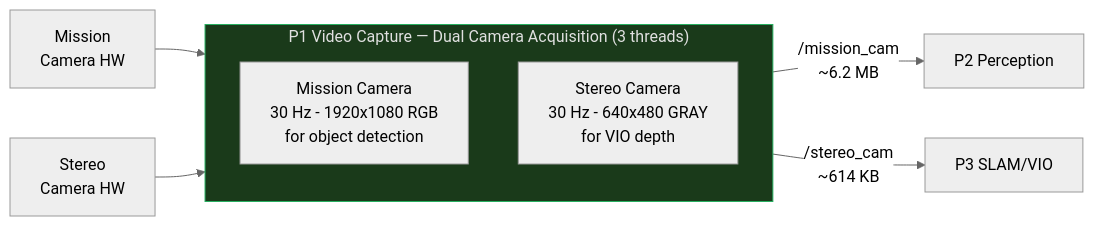
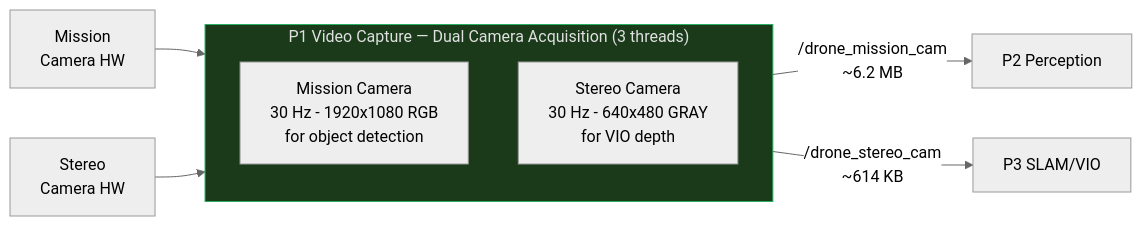
One commit to nmohamaya/companion_software_stack changed the second of 9 diagrams in README.md. Above: the diagram before and after it, drawn with Mermaid (neutral theme). The commit also changed other lines of this file and 3 other files, not shown here.

````diff
--- a/README.md
+++ b/README.md
@@ -129,15 +129,15 @@
 ```mermaid
 graph LR
     subgraph P1["P1 Video Capture — Dual Camera Acquisition (3 threads)"]
         direction TB
         MCam["Mission Camera\n30 Hz - 1920x1080 RGB\nfor object detection"]
         SCam["Stereo Camera\n30 Hz - 640x480 GRAY\nfor VIO depth"]
     end
 
     CamHW1["Mission\nCamera HW"] --> MCam
     CamHW2["Stereo\nCamera HW"] --> SCam
-    MCam -->|"/mission_cam\n~6.2 MB"| P2["P2 Perception"]
-    SCam -->|"/stereo_cam\n~614 KB"| P3["P3 SLAM/VIO"]
+    MCam -->|"/drone_mission_cam\n~6.2 MB"| P2["P2 Perception"]
+    SCam -->|"/drone_stereo_cam\n~614 KB"| P3["P3 SLAM/VIO"]
 
     style P1 fill:#1a3a1a,stroke:#27ae60,color:#e0e0e0
 ```
````
